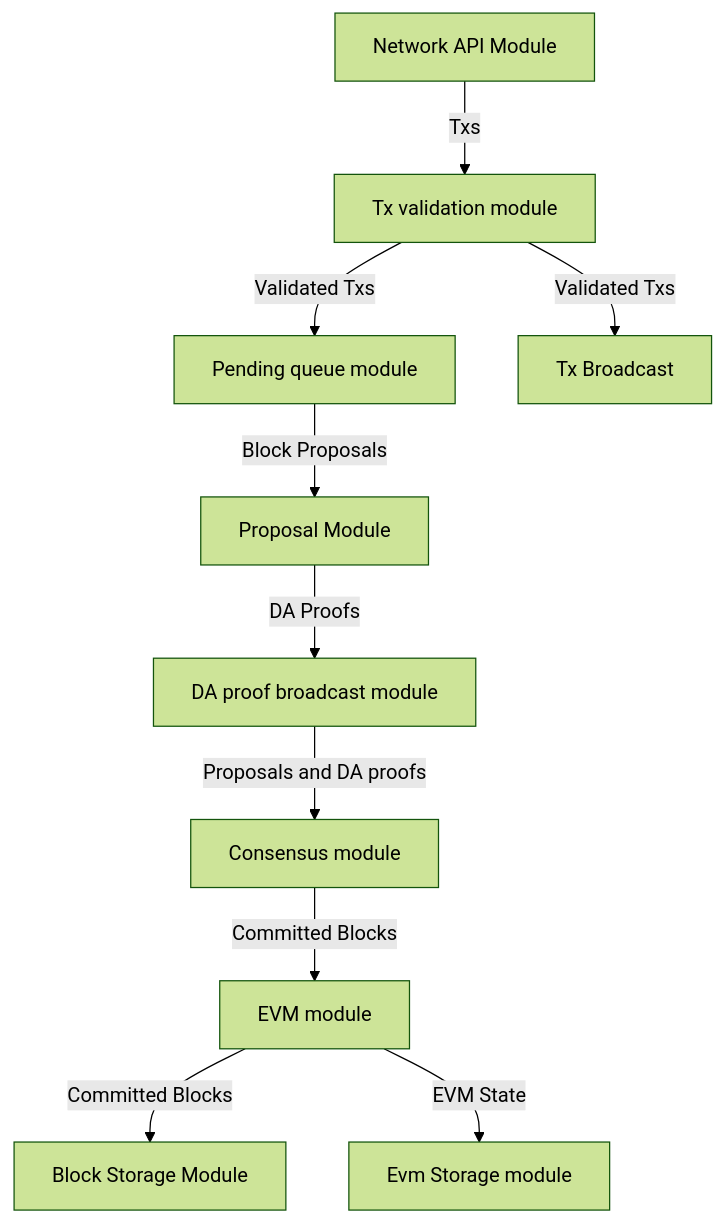
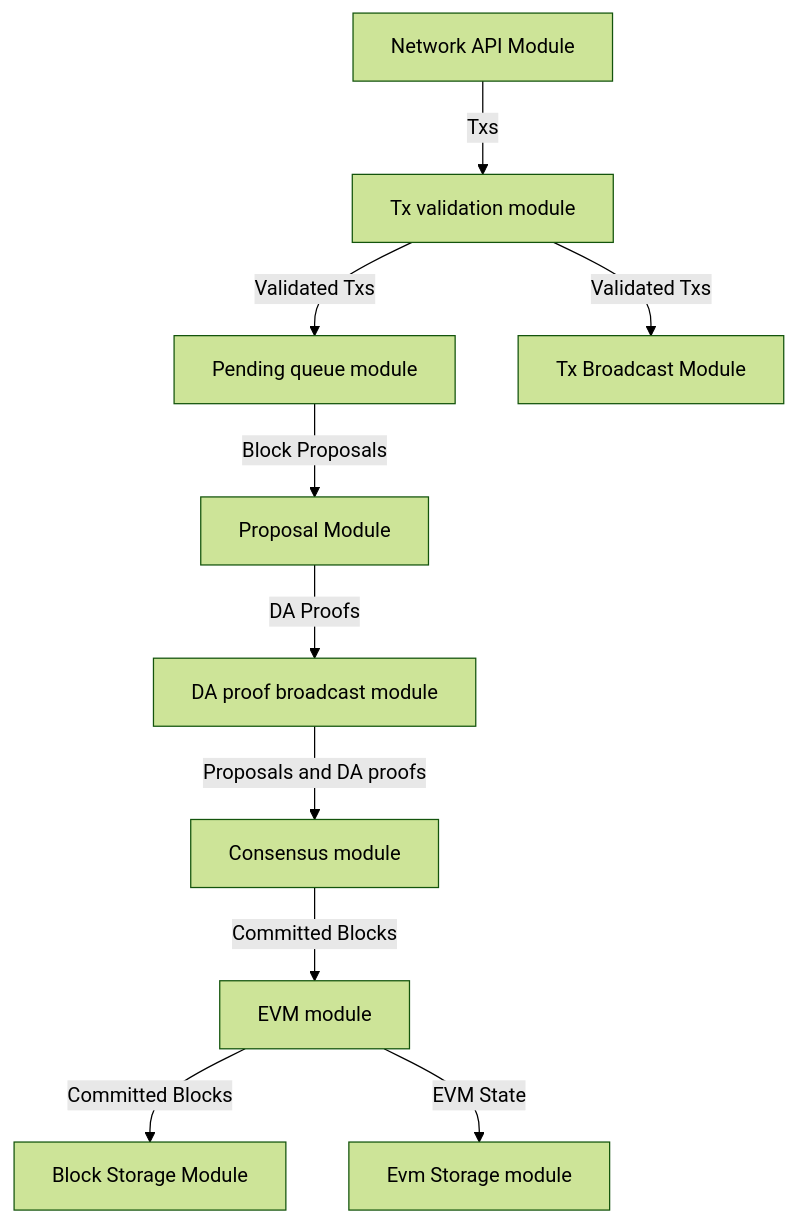
One commit to twizzworld/docs.skale.network changed the second of 2 diagrams in components/technology/modules/ROOT/pages/consensus-spec.adoc. Above: the diagram before and after it, drawn with Mermaid (forest theme). The commit also changed other lines of this file, not shown here.

````diff
--- a/components/technology/modules/ROOT/pages/consensus-spec.adoc
+++ b/components/technology/modules/ROOT/pages/consensus-spec.adoc
@@ -45,7 +46,7 @@
 ```mermaid
 flowchart TD
     b1[Network API Module] -->|Txs| b2[Tx validation module] -->|Validated Txs| b3[Pending queue module] -->|Block Proposals| b5[Proposal Module] --> |DA Proofs| b6[DA proof broadcast module] --> |Proposals and DA proofs| b7[Consensus module] -->|Committed Blocks| b8[EVM module]
-    b2 -->|Validated Txs| b11[Tx Broadcast]
+    b2 -->|Validated Txs| b11[Tx Broadcast Module]
     b8 -->|Committed Blocks| b9[Block Storage Module]
     b8 -->|EVM State| b10[Evm Storage module]    
 ```
````
